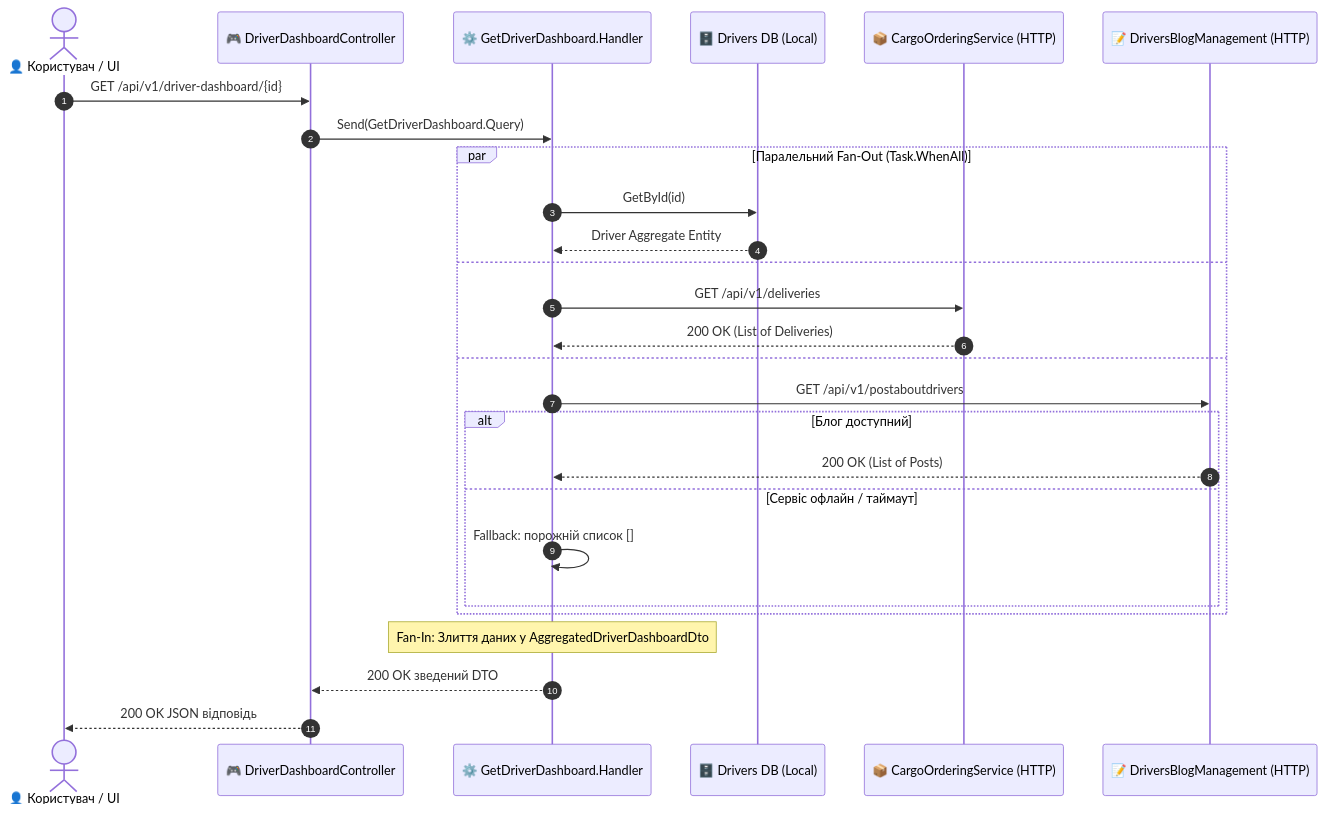
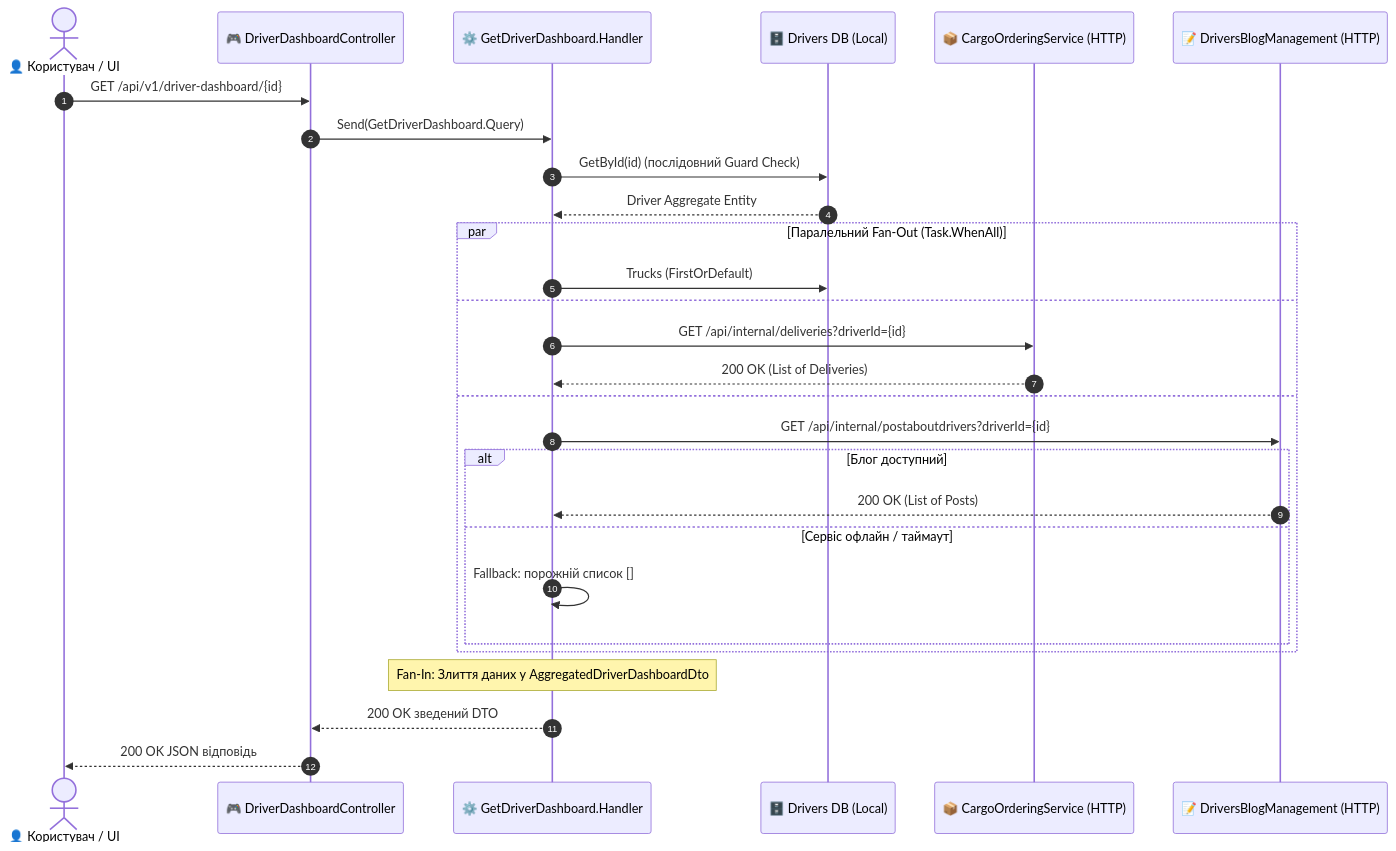
Before and after one commit to MrTomkaYurii/Demo-CargoDeliveryService: the second of 4 diagrams in 02-Microservices-Craftsman/02-02-Communication-Documentation/00_Communication_Matrix_Quick_Reference.md, drawn with Mermaid. The commit also changed other lines of this file and 227 other files, not shown here.

````diff
--- a/02-Microservices-Craftsman/02-02-Communication-Documentation/00_Communication_Matrix_Quick_Reference.md
+++ b/02-Microservices-Craftsman/02-02-Communication-Documentation/00_Communication_Matrix_Quick_Reference.md
@@ -61,32 +66,33 @@
 ```mermaid
 sequenceDiagram
     autonumber
     actor User as 👤 Користувач / UI
     participant Ctrl as 🎮 DriverDashboardController
     participant Hndl as ⚙️ GetDriverDashboard.Handler
     participant LocalDB as 🗄️ Drivers DB (Local)
     participant CO_API as 📦 CargoOrderingService (HTTP)
     participant Blog_API as 📝 DriversBlogManagement (HTTP)
 
     User->>Ctrl: GET /api/v1/driver-dashboard/{id}
     Ctrl->>Hndl: Send(GetDriverDashboard.Query)
-    
+    Hndl->>LocalDB: GetById(id) (послідовний Guard Check)
+    LocalDB-->>Hndl: Driver Aggregate Entity
+
     par Паралельний Fan-Out (Task.WhenAll)
-        Hndl->>LocalDB: GetById(id)
-        LocalDB-->>Hndl: Driver Aggregate Entity
+        Hndl->>LocalDB: Trucks (FirstOrDefault)
     and
-        Hndl->>CO_API: GET /api/v1/deliveries
+        Hndl->>CO_API: GET /api/internal/deliveries?driverId={id}
         CO_API-->>Hndl: 200 OK (List of Deliveries)
     and
-        Hndl->>Blog_API: GET /api/v1/postaboutdrivers
+        Hndl->>Blog_API: GET /api/internal/postaboutdrivers?driverId={id}
         alt Блог доступний
             Blog_API-->>Hndl: 200 OK (List of Posts)
         else Сервіс офлайн / таймаут
             Hndl->>Hndl: Fallback: порожній список []
         end
     end
 
     Note over Hndl: Fan-In: Злиття даних у AggregatedDriverDashboardDto
     Hndl-->>Ctrl: 200 OK зведений DTO
     Ctrl-->>User: 200 OK JSON відповідь
 ```
````
